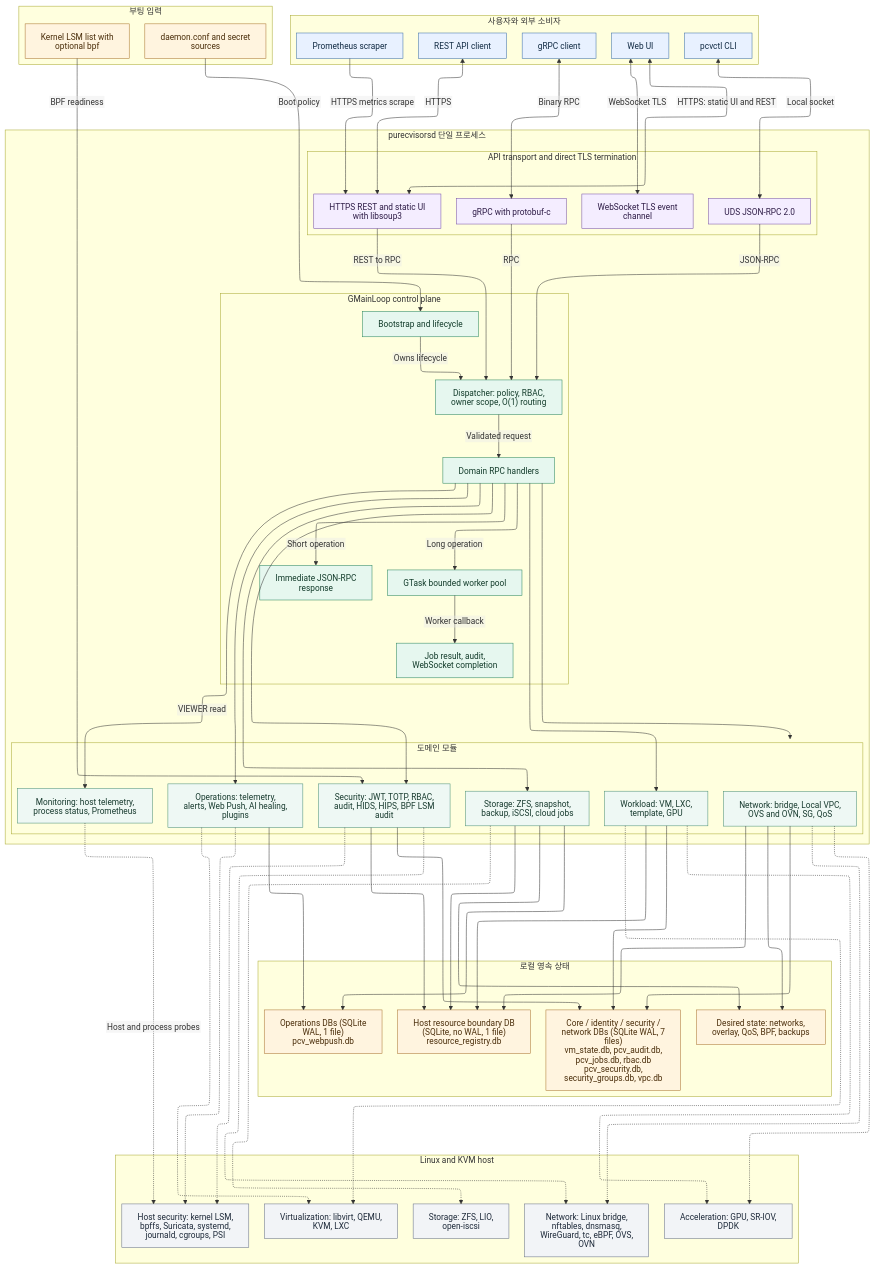
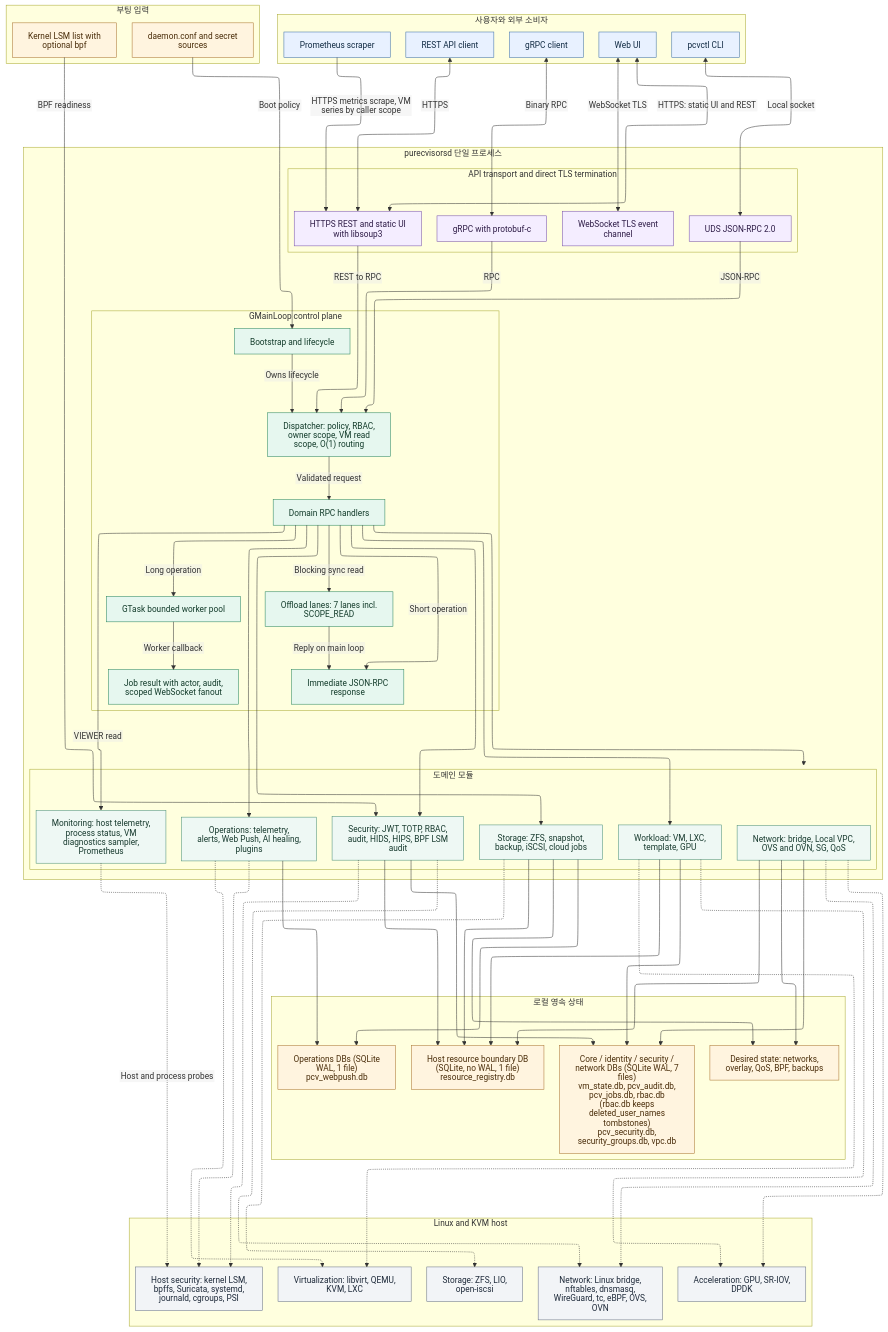
The diagram in docs/architecture/purecvisor-single-direct-https-architecture.mmd (HardcoreMonk/purecvisor), drawn with Mermaid before and after one commit. The commit also changed 12 other files, not shown here.

First line of the commit message:
docs(architecture): add the offload lanes, VM read scope and VM diagnostics to the architecture diagrams

```diff
--- a/docs/architecture/purecvisor-single-direct-https-architecture.mmd
+++ b/docs/architecture/purecvisor-single-direct-https-architecture.mmd
@@ -1,127 +1,130 @@
 %%{init: {"htmlLabels": false, "markdownAutoWrap": false, "flowchart": {"defaultRenderer": "elk", "htmlLabels": false, "nodeSpacing": 28, "rankSpacing": 48}}}%%
 flowchart TB
     subgraph clients ["사용자와 외부 소비자"]
         direction LR
         webUi["Web UI"]
         pcvctl["pcvctl CLI"]
         apiClient["REST API client"]
         grpcClient["gRPC client"]
         promClient["Prometheus scraper"]
     end
 
     subgraph bootInputs ["부팅 입력"]
         configStore["daemon.conf and secret sources"]
         kernelLsm["Kernel LSM list with optional bpf"]
     end
 
     subgraph daemon ["purecvisorsd 단일 프로세스"]
         direction TB
 
         subgraph transports ["API transport and direct TLS termination"]
             direction LR
             udsApi["UDS JSON-RPC 2.0"]
             restApi["HTTPS REST and static UI with libsoup3"]
             grpcApi["gRPC with protobuf-c"]
             wsApi["WebSocket TLS event channel"]
         end
 
         subgraph core ["GMainLoop control plane"]
             direction LR
             mainLoop["Bootstrap and lifecycle"]
-            dispatcher["Dispatcher: policy, RBAC, owner scope, O(1) routing"]
+            dispatcher["Dispatcher: policy, RBAC, owner scope, VM read scope, O(1) routing"]
             handlers["Domain RPC handlers"]
             syncPath["Immediate JSON-RPC response"]
             workerPool["GTask bounded worker pool"]
-            completion["Job result, audit, WebSocket completion"]
+            offloadLanes["Offload lanes: 7 lanes incl. SCOPE_READ"]
+            completion["Job result with actor, audit, scoped WebSocket fanout"]
         end
 
         subgraph domains ["도메인 모듈"]
             direction LR
             workloadDomain["Workload: VM, LXC, template, GPU"]
             networkDomain["Network: bridge, Local VPC, OVS and OVN, SG, QoS"]
             storageDomain["Storage: ZFS, snapshot, backup, iSCSI, cloud jobs"]
             securityDomain["Security: JWT, TOTP, RBAC, audit, HIDS, HIPS, BPF LSM audit"]
-            monitorDomain["Monitoring: host telemetry, process status, Prometheus"]
+            monitorDomain["Monitoring: host telemetry, process status, VM diagnostics sampler, Prometheus"]
             opsDomain["Operations: telemetry, alerts, Web Push, AI healing, plugins"]
         end
     end
 
     subgraph persistence ["로컬 영속 상태"]
         direction LR
-        coreDb["Core / identity / security / network DBs (SQLite WAL, 7 files)<br/>vm_state.db, pcv_audit.db, pcv_jobs.db, rbac.db<br/>pcv_security.db, security_groups.db, vpc.db"]
+        coreDb["Core / identity / security / network DBs (SQLite WAL, 7 files)<br/>vm_state.db, pcv_audit.db, pcv_jobs.db, rbac.db<br/>(rbac.db keeps deleted_user_names tombstones)<br/>pcv_security.db, security_groups.db, vpc.db"]
         operationsDb["Operations DBs (SQLite WAL, 1 file)<br/>pcv_webpush.db"]
         resourceDb["Host resource boundary DB<br/>(SQLite, no WAL, 1 file)<br/>resource_registry.db"]
         desiredStore["Desired state: networks, overlay, QoS, BPF, backups"]
     end
 
     subgraph host ["Linux and KVM host"]
         direction LR
         virtPlatform["Virtualization: libvirt, QEMU, KVM, LXC"]
         storagePlatform["Storage: ZFS, LIO, open-iscsi"]
         networkPlatform["Network: Linux bridge, nftables, dnsmasq, WireGuard, tc, eBPF, OVS, OVN"]
         securityPlatform["Host security: kernel LSM, bpffs, Suricata, systemd, journald, cgroups, PSI"]
         accelPlatform["Acceleration: GPU, SR-IOV, DPDK"]
     end
 
     webUi <-->|"HTTPS: static UI and REST"| restApi
     webUi <-->|"WebSocket TLS"| wsApi
     apiClient <-->|"HTTPS"| restApi
-    promClient -->|"HTTPS metrics scrape"| restApi
+    promClient -->|"HTTPS metrics scrape, VM series by caller scope"| restApi
     pcvctl <-->|"Local socket"| udsApi
     grpcClient <-->|"Binary RPC"| grpcApi
 
     udsApi -->|"JSON-RPC"| dispatcher
     restApi -->|"REST to RPC"| dispatcher
     grpcApi -->|"RPC"| dispatcher
     mainLoop -->|"Owns lifecycle"| dispatcher
     configStore -->|"Boot policy"| mainLoop
     kernelLsm -->|"BPF readiness"| securityDomain
 
     dispatcher -->|"Validated request"| handlers
     handlers -->|"Short operation"| syncPath
+    handlers -->|"Blocking sync read"| offloadLanes
+    offloadLanes -->|"Reply on main loop"| syncPath
     handlers -->|"Long operation"| workerPool
     workerPool -->|"Worker callback"| completion
 
     handlers --> workloadDomain
     handlers --> networkDomain
     handlers --> storageDomain
     handlers --> securityDomain
     handlers -->|"VIEWER read"| monitorDomain
     handlers --> opsDomain
 
     workloadDomain --> coreDb
     workloadDomain --> resourceDb
     networkDomain --> desiredStore
     networkDomain --> coreDb
     networkDomain --> resourceDb
     storageDomain --> desiredStore
     storageDomain --> operationsDb
     storageDomain --> resourceDb
     securityDomain --> coreDb
     securityDomain --> resourceDb
     opsDomain --> operationsDb
 
     workloadDomain -.-> virtPlatform
     workloadDomain -.-> accelPlatform
     networkDomain -.-> networkPlatform
     networkDomain -.-> accelPlatform
     storageDomain -.-> storagePlatform
     securityDomain -.-> networkPlatform
     securityDomain -.-> securityPlatform
     monitorDomain -.->|"Host and process probes"| securityPlatform
     opsDomain -.-> virtPlatform
     opsDomain -.-> securityPlatform
 
     classDef clientNode fill:#e8f1ff,stroke:#3b6ea8,color:#102a43,stroke-width:1px;
     classDef ingressNode fill:#f4edff,stroke:#7650a8,color:#2d1b46,stroke-width:1px;
     classDef runtimeNode fill:#e6f7ef,stroke:#27845d,color:#123b2a,stroke-width:1px;
     classDef domainNode fill:#eef8f4,stroke:#4a8f76,color:#173a2e,stroke-width:1px;
     classDef dataNode fill:#fff4df,stroke:#aa7430,color:#4a2d0a,stroke-width:1px;
     classDef hostNode fill:#f2f4f7,stroke:#667085,color:#1d2939,stroke-width:1px;
 
     class webUi,pcvctl,apiClient,grpcClient,promClient clientNode;
     class udsApi,restApi,grpcApi,wsApi ingressNode;
-    class mainLoop,dispatcher,handlers,syncPath,workerPool,completion runtimeNode;
+    class mainLoop,dispatcher,handlers,syncPath,workerPool,offloadLanes,completion runtimeNode;
     class workloadDomain,networkDomain,storageDomain,securityDomain,monitorDomain,opsDomain domainNode;
     class configStore,kernelLsm,coreDb,operationsDb,resourceDb,desiredStore dataNode;
     class virtPlatform,storagePlatform,networkPlatform,securityPlatform,accelPlatform hostNode;
```
